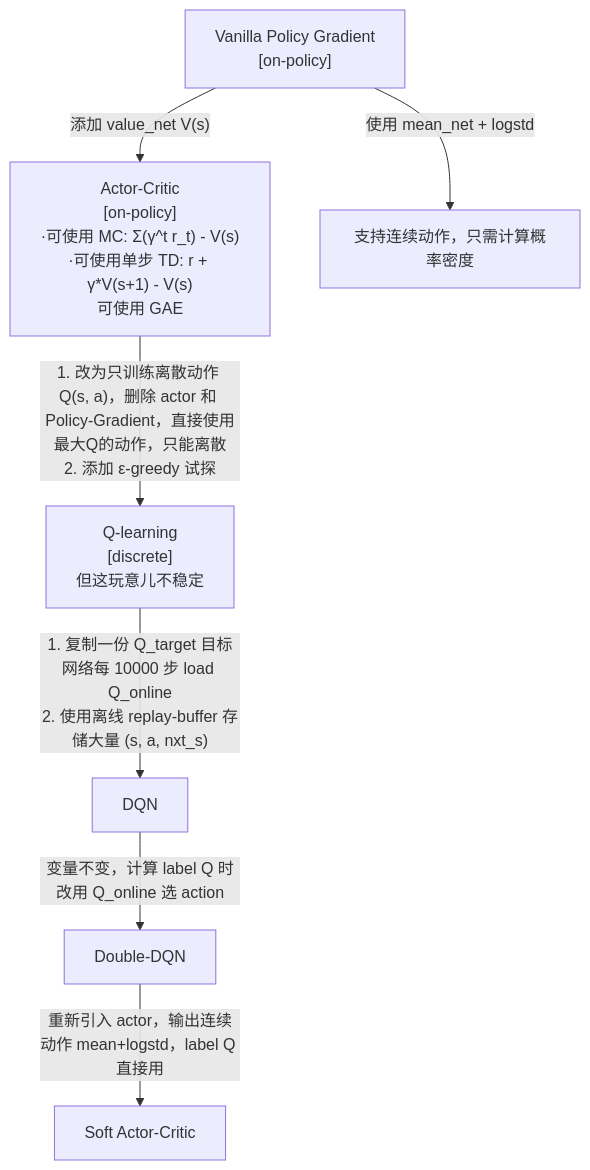
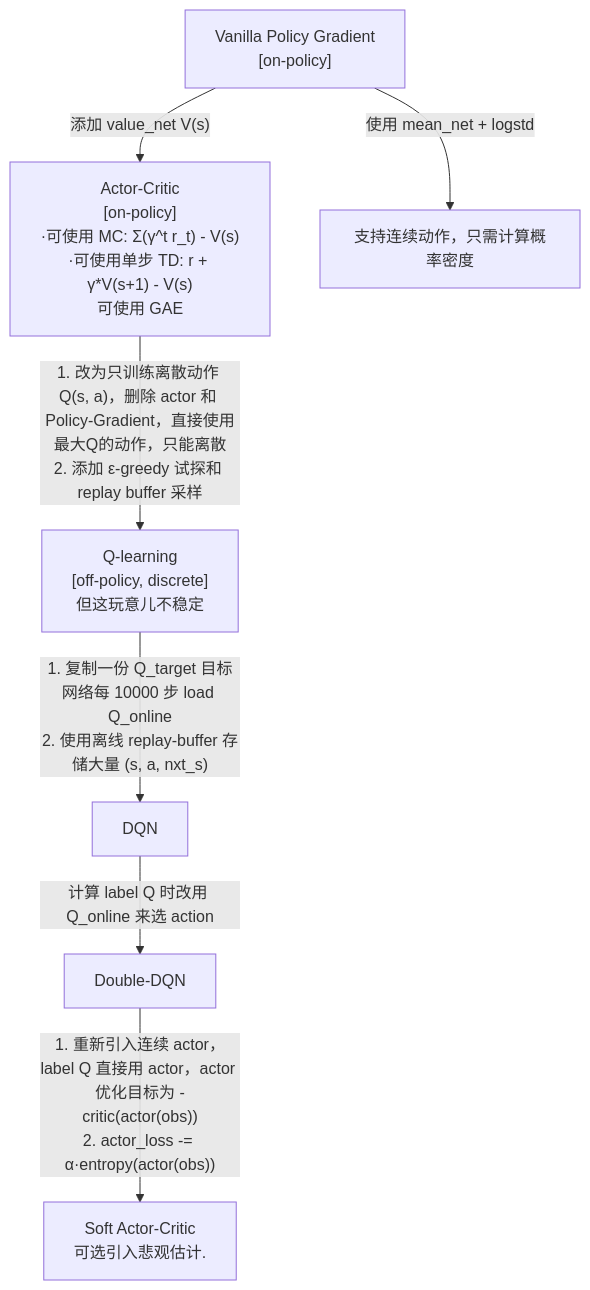
Before and after one commit to julyfun/how-to: the diagram in 技术学习/285/285-0.md, drawn with Mermaid. The commit also changed 1 other file, not shown here.

Commit message:
M 技术学习/285/285-0.md | M 技术学习/285/285-hw3.md

````diff
--- a/技术学习/285/285-0.md
+++ b/技术学习/285/285-0.md
@@ -11,10 +11,10 @@
 ```mermaid
 flowchart TD
     PG["Vanilla Policy Gradient<br>[on-policy]"] -->|"添加 value_net V(s)"| AC
     AC["Actor-Critic<br>[on-policy]<br>·可使用 MC: Σ(γ^t r_t) - V(s)<br>·可使用单步 TD: r + γ*V(s+1) - V(s)<br>可使用 GAE"]
     PG -->|使用 mean_net + logstd| cont[支持连续动作，只需计算概率密度]
-    AC -->|"1. 改为只训练离散动作 Q(s, a)，删除 actor 和 Policy-Gradient，直接使用最大Q的动作，只能离散<br>2. 添加 ε-greedy 试探"| Q-learning["Q-learning<br>[discrete]<br>但这玩意儿不稳定"]
+    AC -->|"1. 改为只训练离散动作 Q(s, a)，删除 actor 和 Policy-Gradient，直接使用最大Q的动作，只能离散<br>2. 添加 ε-greedy 试探和 replay buffer 采样"| Q-learning["Q-learning<br>[off-policy, discrete]<br>但这玩意儿不稳定"]
     Q-learning -->|"1. 复制一份 Q_target 目标网络每 10000 步 load Q_online<br>2. 使用离线 replay-buffer 存储大量 (s, a, nxt_s)"| DQN
-    DQN -->|"变量不变，计算 label Q 时改用 Q_online 选 action"| Double-DQN
-    Double-DQN -->|"重新引入 actor，输出连续动作 mean+logstd，label Q 直接用 "| SAC["Soft Actor-Critic"]
+    DQN -->|"计算 label Q 时改用 Q_online 来选 action"| Double-DQN
+    Double-DQN -->|"1. 重新引入连续 actor，label Q 直接用 actor，actor 优化目标为 -critic(actor(obs))<br>2. actor_loss -= α·entropy(actor(obs))"| SAC["Soft Actor-Critic<br>可选引入悲观估计."]
 ```
````
